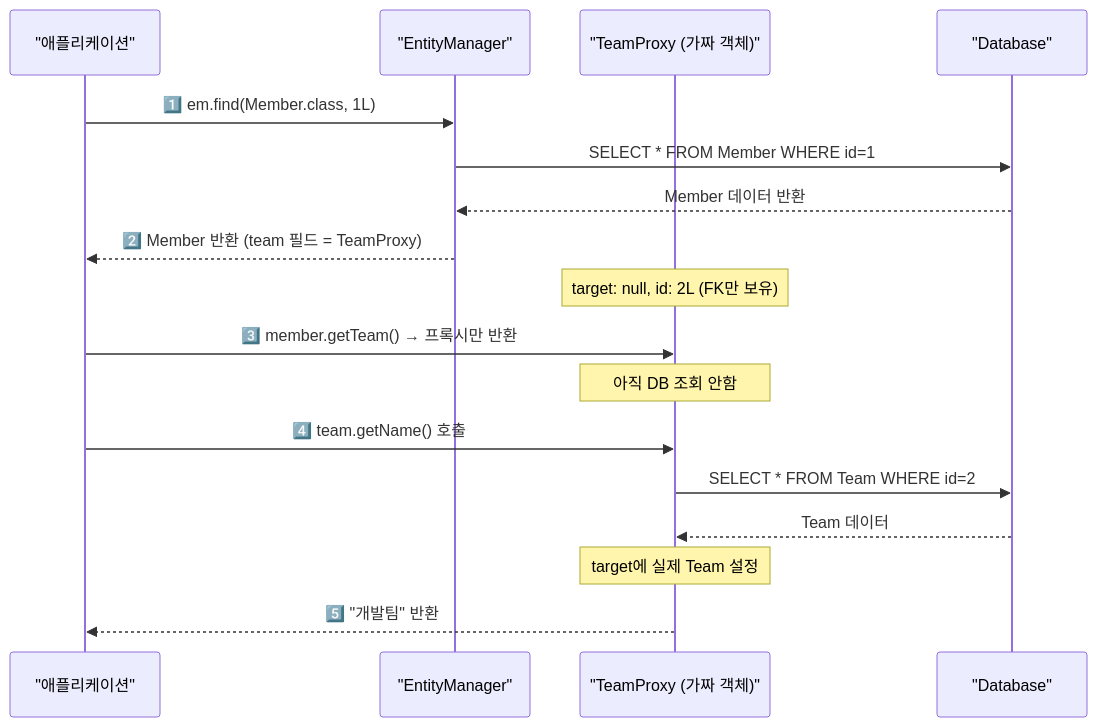
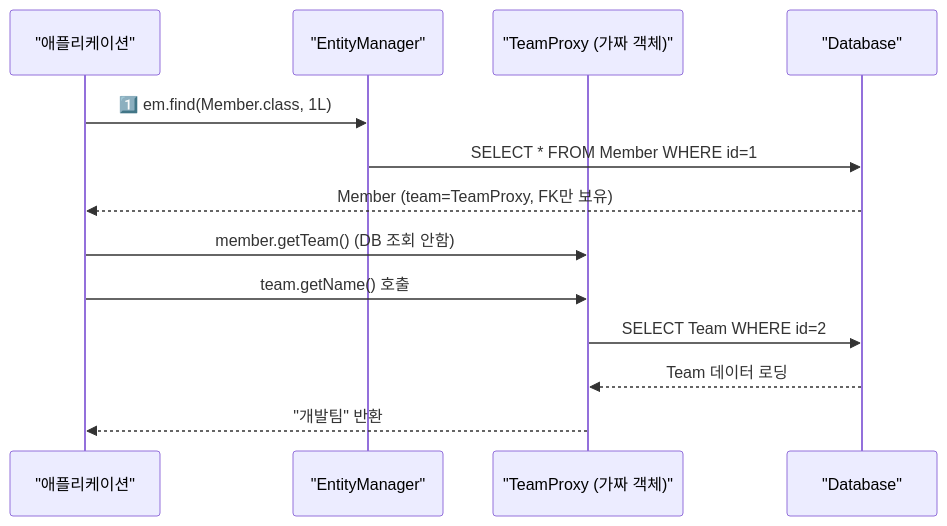
Before and after one commit to yjkim2015/yjkim2015.github.io: the sixth of 10 diagrams in _posts/jpa/2026-05-01-jpa-fundamentals.md, drawn with Mermaid. The commit also changed other lines of this file and 215 other files, not shown here.

First line of the commit message:
신규 포스트 10개 추가 + Mermaid 전면 축소 + SystemDesign 시리즈 보강

````diff
--- a/_posts/jpa/2026-05-01-jpa-fundamentals.md
+++ b/_posts/jpa/2026-05-01-jpa-fundamentals.md
@@ -280,22 +231,15 @@
 ```mermaid
 sequenceDiagram
     participant App as "애플리케이션"
     participant EM as "EntityManager"
     participant Proxy as "TeamProxy (가짜 객체)"
     participant DB as "Database"
-
     App->>EM: 1️⃣ em.find(Member.class, 1L)
     EM->>DB: SELECT * FROM Member WHERE id=1
-    DB-->>EM: Member 데이터 반환
-    EM-->>App: 2️⃣ Member 반환 (team 필드 = TeamProxy)
-    Note over Proxy: target: null, id: 2L (FK만 보유)
-
-    App->>Proxy: 3️⃣ member.getTeam() → 프록시만 반환
-    Note over Proxy: 아직 DB 조회 안함
-
-    App->>Proxy: 4️⃣ team.getName() 호출
-    Proxy->>DB: SELECT * FROM Team WHERE id=2
-    DB-->>Proxy: Team 데이터
-    Note over Proxy: target에 실제 Team 설정
-    Proxy-->>App: 5️⃣ "개발팀" 반환
+    DB-->>App: Member (team=TeamProxy, FK만 보유)
+    App->>Proxy: member.getTeam() (DB 조회 안함)
+    App->>Proxy: team.getName() 호출
+    Proxy->>DB: SELECT Team WHERE id=2
+    DB-->>Proxy: Team 데이터 로딩
+    Proxy-->>App: "개발팀" 반환
 ```
````
